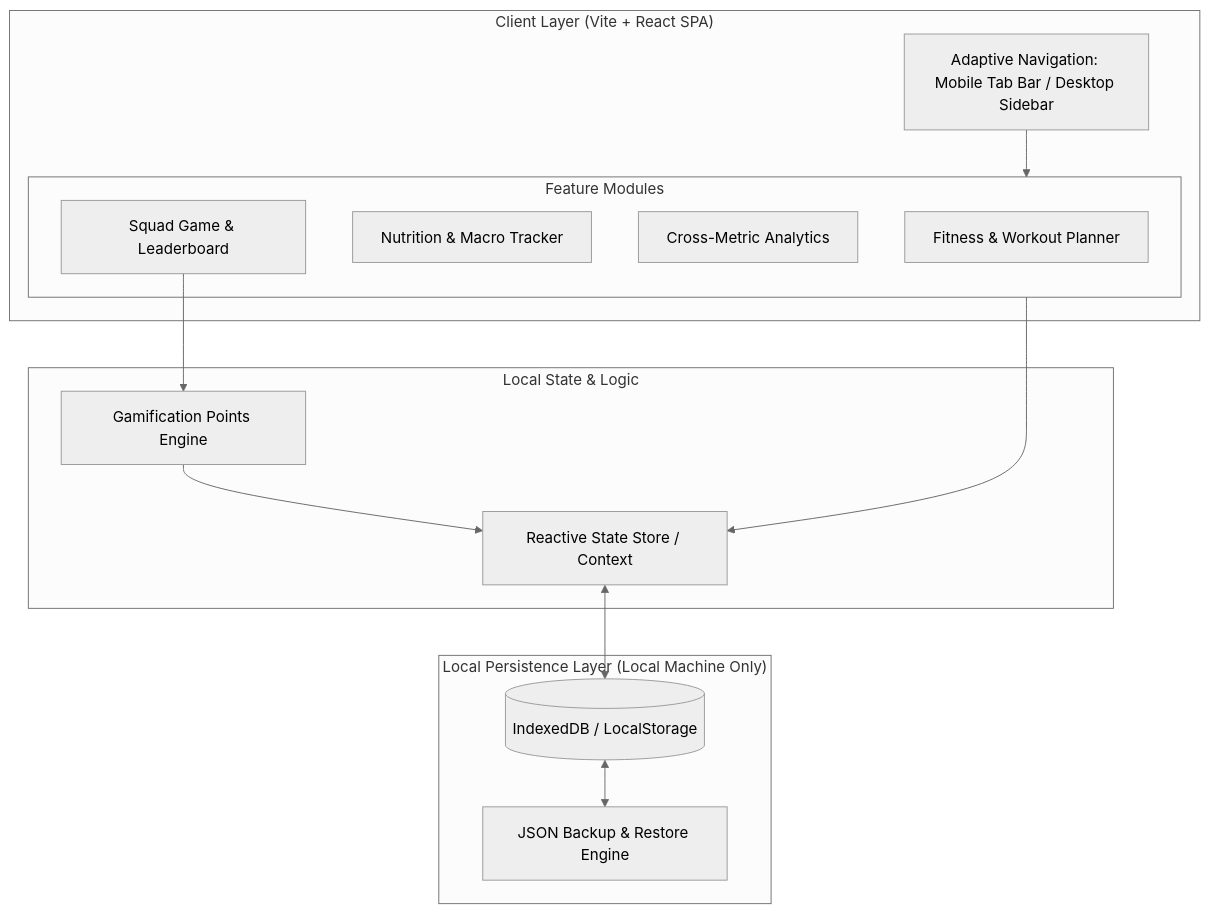
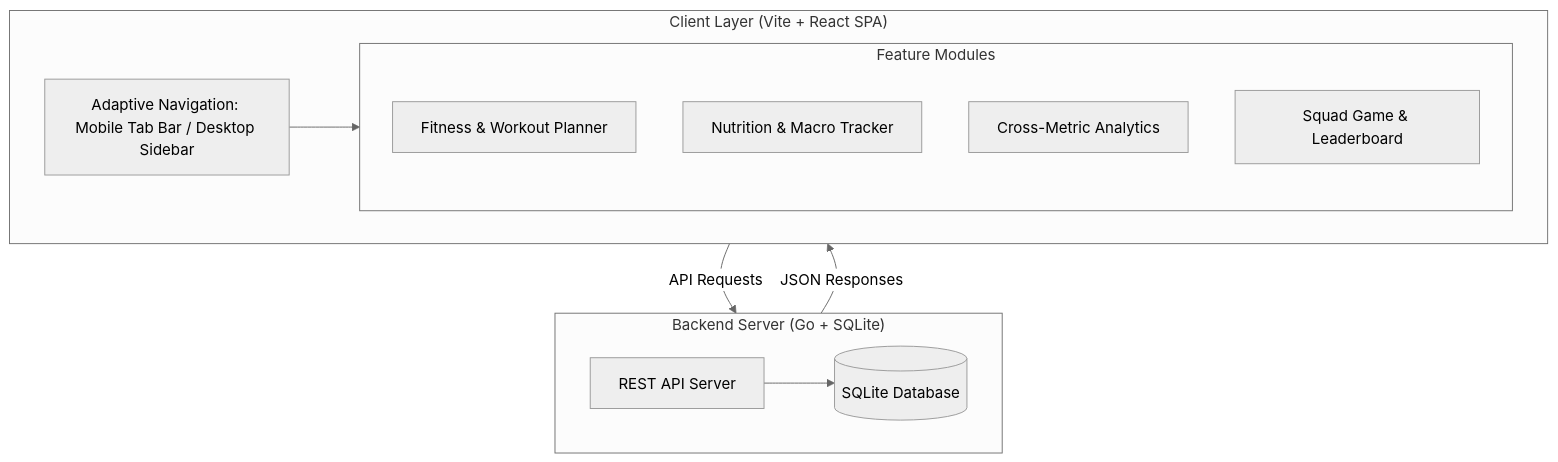
One commit to yavidor/health-app changed the first of 5 diagrams in docs/clankers/implementation-plan.md. Above: the diagram before and after it, drawn with Mermaid (neutral theme). The commit also changed other lines of this file and 5 other files, not shown here.

````diff
--- a/docs/clankers/implementation-plan.md
+++ b/docs/clankers/implementation-plan.md
@@ -37,30 +38,24 @@
 ```mermaid
 flowchart TD
+    subgraph Backend ["Backend Server (Go + SQLite)"]
+        API[REST API Server]
+        DB[(SQLite Database)]
+        API --> DB
+    end
+
     subgraph Client ["Client Layer (Vite + React SPA)"]
         Nav[Adaptive Navigation: Mobile Tab Bar / Desktop Sidebar]
 
         subgraph Modules ["Feature Modules"]
             Fit[Fitness & Workout Planner]
             Food[Nutrition & Macro Tracker]
             Stats[Cross-Metric Analytics]
             Game[Squad Game & Leaderboard]
         end
 
         Nav --> Modules
     end
 
-    subgraph State ["Local State & Logic"]
-        Store[Reactive State Store / Context]
-        GameEngine[Gamification Points Engine]
-        Modules --> Store
-        Game --> GameEngine
-        GameEngine --> Store
-    end
-
-    subgraph Storage ["Local Persistence Layer (Local Machine Only)"]
-        IDB[(IndexedDB / LocalStorage)]
-        ExportImport[JSON Backup & Restore Engine]
-        Store <--> IDB
-        IDB <--> ExportImport
-    end
+    Client -->|API Requests| Backend
+    Backend -->|JSON Responses| Client
 ```
````
